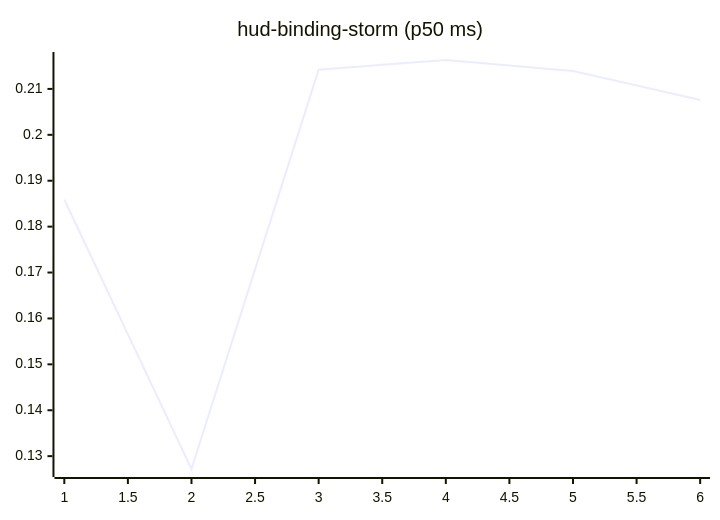
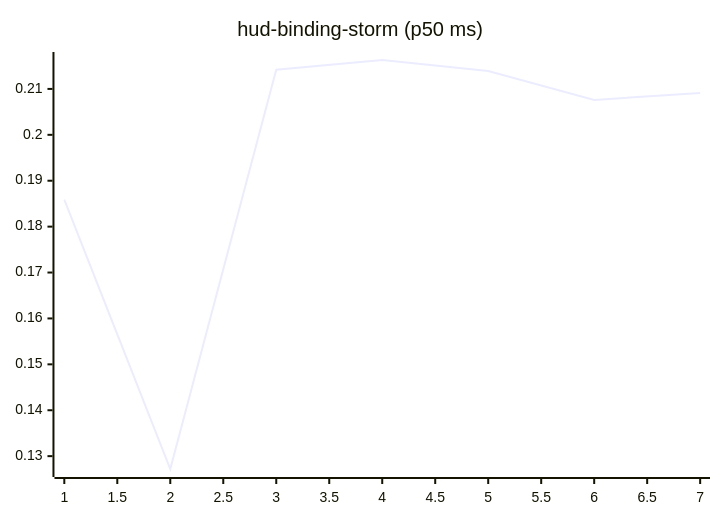
One commit to josha/Facet changed the tenth of 27 diagrams in README.md. Above: the diagram before and after it, drawn with Mermaid. The commit also changed other lines of this file and 2 other files, not shown here.

````diff
--- a/README.md
+++ b/README.md
@@ -126,6 +126,6 @@
 ```mermaid
 xychart-beta
     title "hud-binding-storm (p50 ms)"
-    x-axis 1 --> 6
-    line [0.1859, 0.1272, 0.2142, 0.2163, 0.2139, 0.2076]
+    x-axis 1 --> 7
+    line [0.1859, 0.1272, 0.2142, 0.2163, 0.2139, 0.2076, 0.2091]
 ```
````
